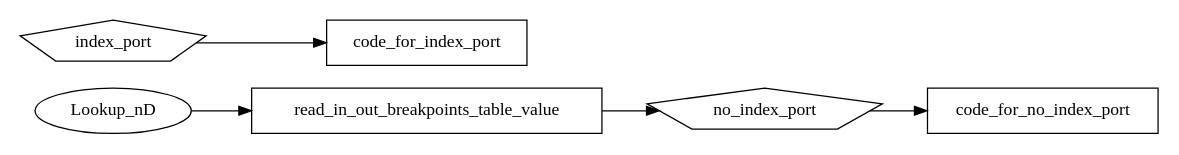
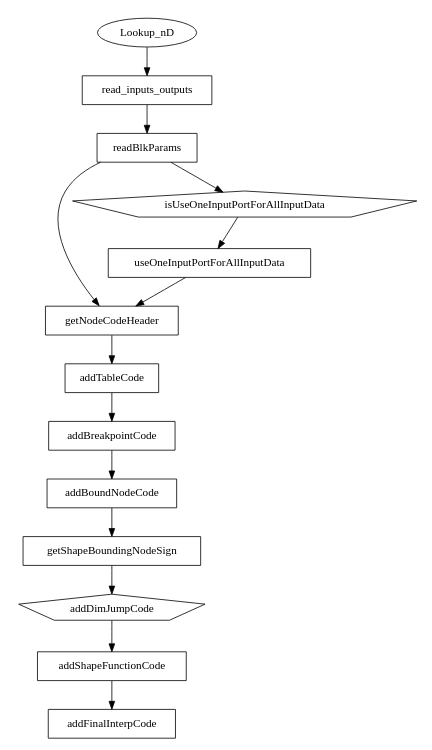
Before and after one commit to NASA-SW-VnV/CoCoSim: the diagram in doc/ToLustre_doc/variationGraph/Lookup_nD_To_Lustre.dot, drawn with Graphviz. The commit also changed 2 other files, not shown here.

Commit message:
Factorized and variation graph for Lookup_nD_To_Lustre

```diff
--- a/doc/ToLustre_doc/variationGraph/Lookup_nD_To_Lustre.dot
+++ b/doc/ToLustre_doc/variationGraph/Lookup_nD_To_Lustre.dot
@@ -1,15 +1,32 @@
 digraph Lookup_nD {
-        rankdir=LR;
+        rankdir=UD;
         size="8,5"
         node [shape = polygon, sides=5];
         Lookup_nD [shape=ellipse];
-        code_for_index_port [shape=box];
-        code_for_no_index_port [shape=box];
-        read_in_out_breakpoints_table_value [shape=box];
+        addTableCode [shape=box];
+        addBreakpointCode [shape=box];
+        read_inputs_outputs [shape=box];
+        readBlkParams [shape=box];
+        useOneInputPortForAllInputData [shape=box];
+        getNodeCodeHeader  [shape=box];
+        addBoundNodeCode  [shape=box];
+        getShapeBoundingNodeSign  [shape=box];
+        addShapeFunctionCode  [shape=box];
+        addFinalInterpCode  [shape=box];
 
 
-        Lookup_nD -> read_in_out_breakpoints_table_value 
-        read_in_out_breakpoints_table_value -> no_index_port 
-        index_port -> code_for_index_port 
-        no_index_port -> code_for_no_index_port 
+        Lookup_nD -> read_inputs_outputs 
+        read_inputs_outputs -> readBlkParams 
+        readBlkParams -> isUseOneInputPortForAllInputData
+        isUseOneInputPortForAllInputData -> useOneInputPortForAllInputData
+        useOneInputPortForAllInputData -> getNodeCodeHeader
+        readBlkParams -> getNodeCodeHeader 
+        getNodeCodeHeader -> addTableCode
+        addTableCode -> addBreakpointCode
+        addBreakpointCode -> addBoundNodeCode
+        addBoundNodeCode -> getShapeBoundingNodeSign
+        getShapeBoundingNodeSign -> addDimJumpCode
+        addDimJumpCode -> addShapeFunctionCode
+        addShapeFunctionCode -> addFinalInterpCode
+
 }
```
